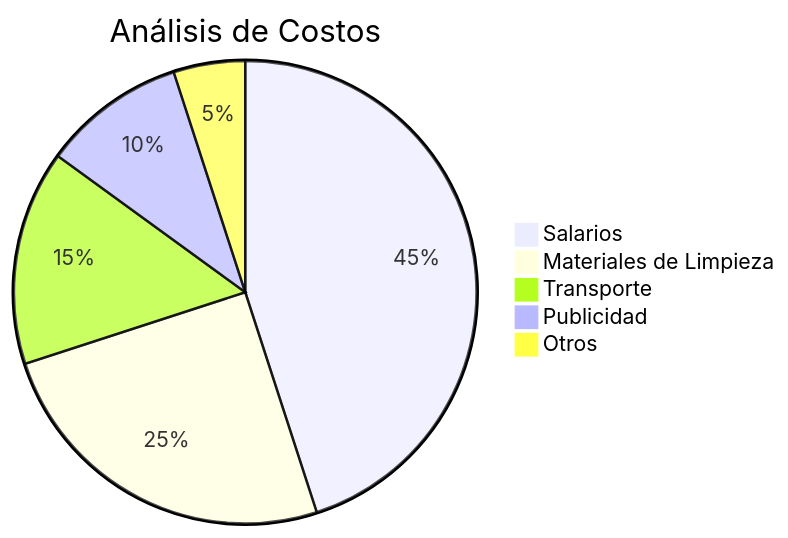
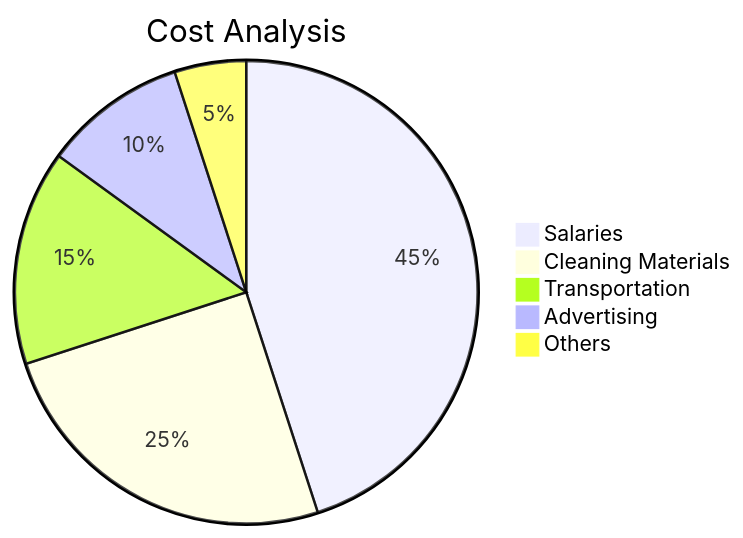
One commit to despiau/mermaid changed the seventh of 10 diagrams in README.md. Above: the diagram before and after it, drawn with Mermaid. The commit also changed other lines of this file, not shown here.

````diff
--- a/README.md
+++ b/README.md
@@ -114,9 +114,9 @@
 ```mermaid
 pie
-    title Análisis de Costos
-    "Salarios": 45
-    "Materiales de Limpieza": 25
-    "Transporte": 15
-    "Publicidad": 10
-    "Otros": 5
+    title Cost Analysis
+    "Salaries": 45
+    "Cleaning Materials": 25
+    "Transportation": 15
+    "Advertising": 10
+    "Others": 5
 ```
````
